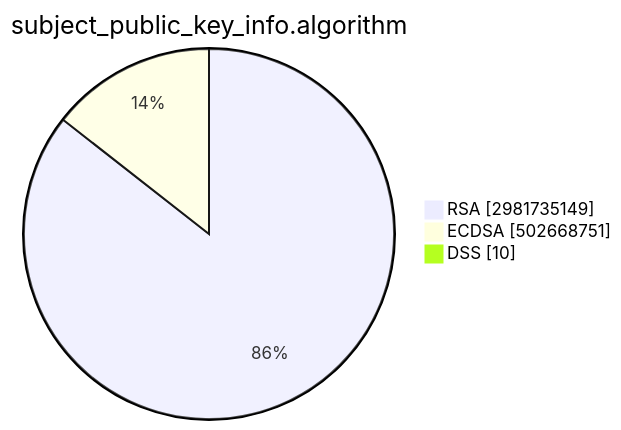
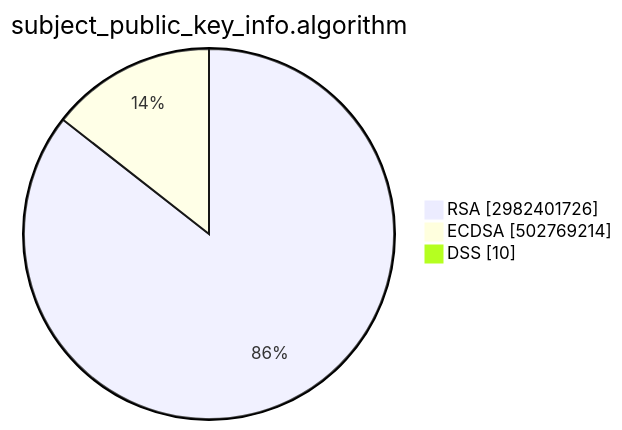
Before and after one commit to christiankrug/ctmonitor_visualization: the second of 15 diagrams in TOTAL/README.md, drawn with Mermaid. The commit also changed other lines of this file, not shown here.

````diff
--- a/TOTAL/README.md
+++ b/TOTAL/README.md
@@ -6,7 +6,7 @@
 ```mermaid
 pie showData
 title subject_public_key_info.algorithm
-"RSA" :2981735149
-"ECDSA" :502668751
+"RSA" :2982401726
+"ECDSA" :502769214
 "DSS" :10
 ```
````
